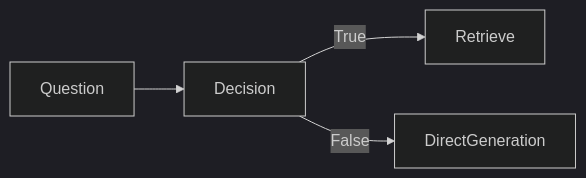
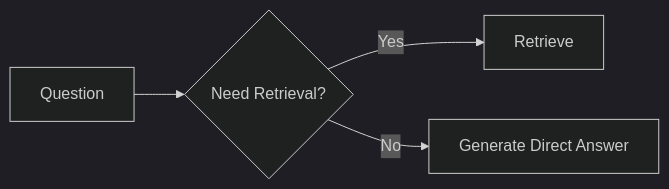
One commit to vikaskumar10134/Different-Type-RAG-Implementation changed the second of 8 diagrams in README.md. Above: the diagram before and after it, drawn with Mermaid (dark theme). The commit also changed other lines of this file, not shown here.

````diff
--- a/README.md
+++ b/README.md
@@ -194,9 +125,11 @@
 ```mermaid
 flowchart LR
 
-Question --> Decision
+Q[Question]
 
-Decision -->|True| Retrieve
+Q --> D{Need Retrieval?}
 
-Decision -->|False| DirectGeneration
+D -->|Yes| R[Retrieve]
+
+D -->|No| G[Generate Direct Answer]
 ```
````
